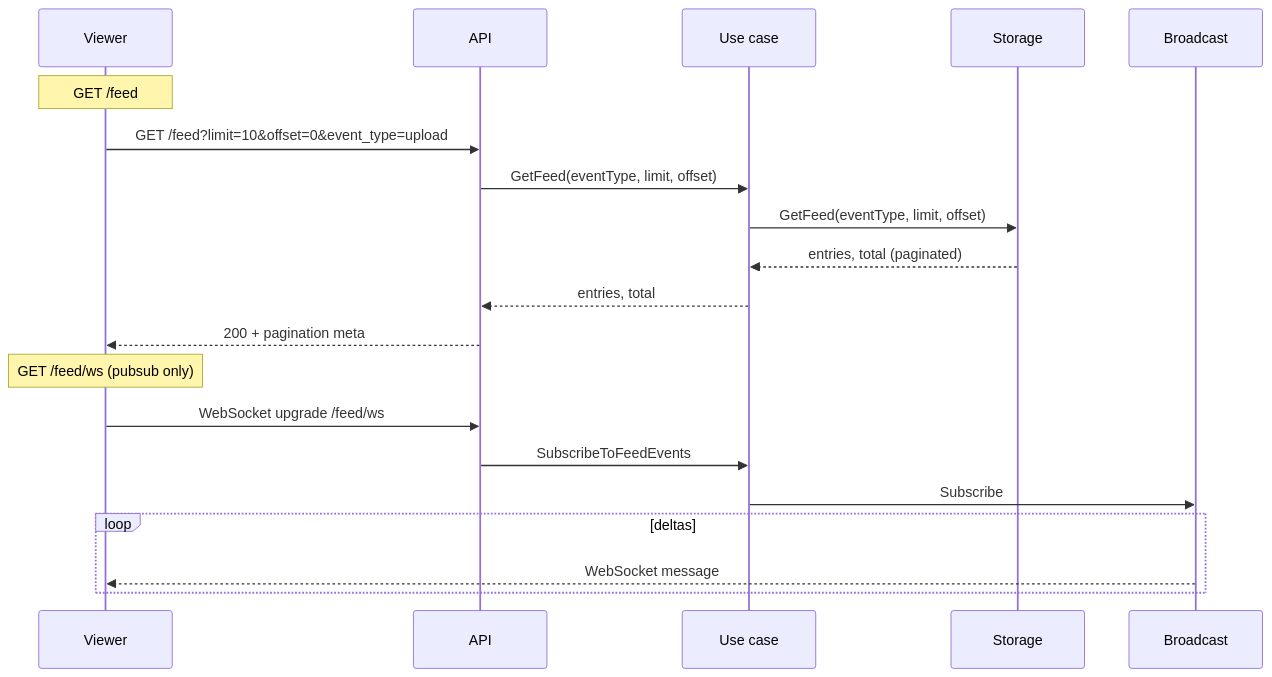
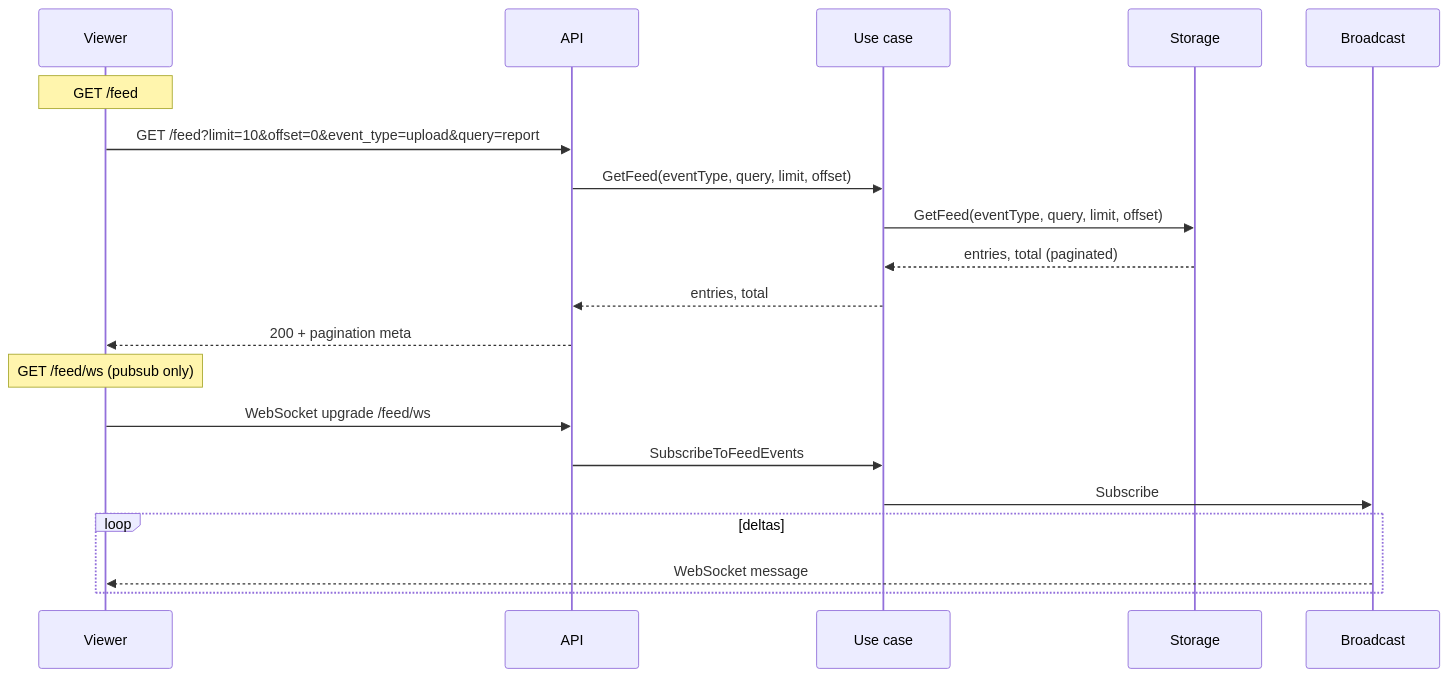
One commit to Taingovan97/real-time-activity-feed changed the fourth of 4 diagrams in docs/modules.md. Above: the diagram before and after it, drawn with Mermaid. The commit also changed other lines of this file and 20 other files, not shown here.

````diff
--- a/docs/modules.md
+++ b/docs/modules.md
@@ -153,24 +153,24 @@
 ```mermaid
 sequenceDiagram
     participant Viewer
     participant API
     participant UC as Use case
     participant Storage
     participant Broadcast
     
     Note over Viewer: GET /feed
-    Viewer->>API: GET /feed?limit=10&offset=0&event_type=upload
-    API->>UC: GetFeed(eventType, limit, offset)
-    UC->>Storage: GetFeed(eventType, limit, offset)
+    Viewer->>API: GET /feed?limit=10&offset=0&event_type=upload&query=report
+    API->>UC: GetFeed(eventType, query, limit, offset)
+    UC->>Storage: GetFeed(eventType, query, limit, offset)
     Storage-->>UC: entries, total (paginated)
     UC-->>API: entries, total
     API-->>Viewer: 200 + pagination meta
     
     Note over Viewer: GET /feed/ws (pubsub only)
     Viewer->>API: WebSocket upgrade /feed/ws
     API->>UC: SubscribeToFeedEvents
     UC->>Broadcast: Subscribe
     loop deltas
         Broadcast-->>Viewer: WebSocket message
     end
 ```
````
